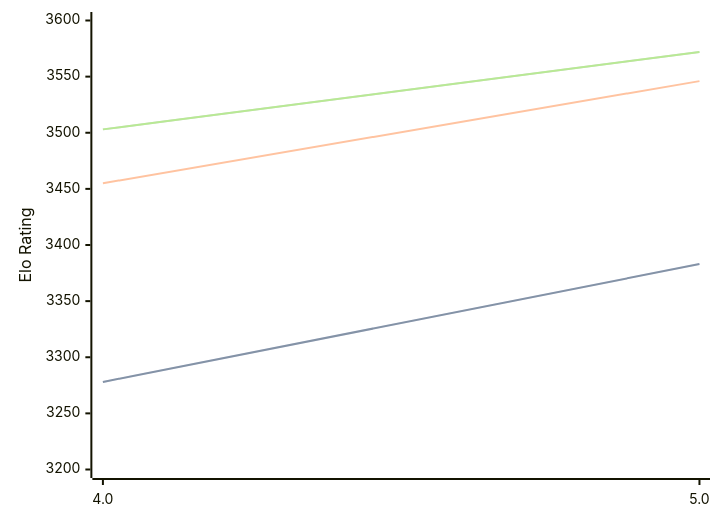
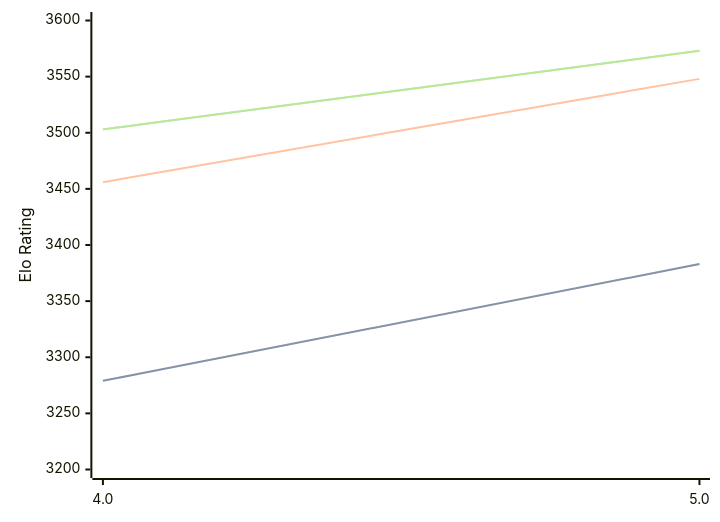
Before and after one commit to computer-chess-index/cci: the diagram in engines/Tarnished.md, drawn with Mermaid. The commit also changed other lines of this file, not shown here.

Commit message:
Update CCI Ratings (ELO VLTC) - 2026-03-28

````diff
--- a/engines/Tarnished.md
+++ b/engines/Tarnished.md
@@ -36,11 +36,11 @@
 ```mermaid
 %%{init: {"theme":"base","themeVariables":{"seriesColors:['#a3a3a3','#222221','#faa371']}}}%%
 xychart-beta
   x-axis ["4.0", "5.0"]
   y-axis "Elo Rating" 3200 --> 3600
-  line "STC (8.0+0.08s)" [3278, 3383]
-  line "STC (8.0+0.08s)" [3278, 3383]
-  line "LTC (60.0+0.60s)" [3455, 3546]
-  line "VLTC (2m24s+1.12s)" [3503, 3572]
-  line "VLTC (2m24s+1.12s)" [3503, 3572]
+  line "STC (8.0+0.08s)" [3279, 3383]
+  line "STC (8.0+0.08s)" [3279, 3383]
+  line "LTC (60.0+0.60s)" [3456, 3548]
+  line "VLTC (2m24s+1.12s)" [3503, 3573]
+  line "VLTC (2m24s+1.12s)" [3503, 3573]
 ```
````
